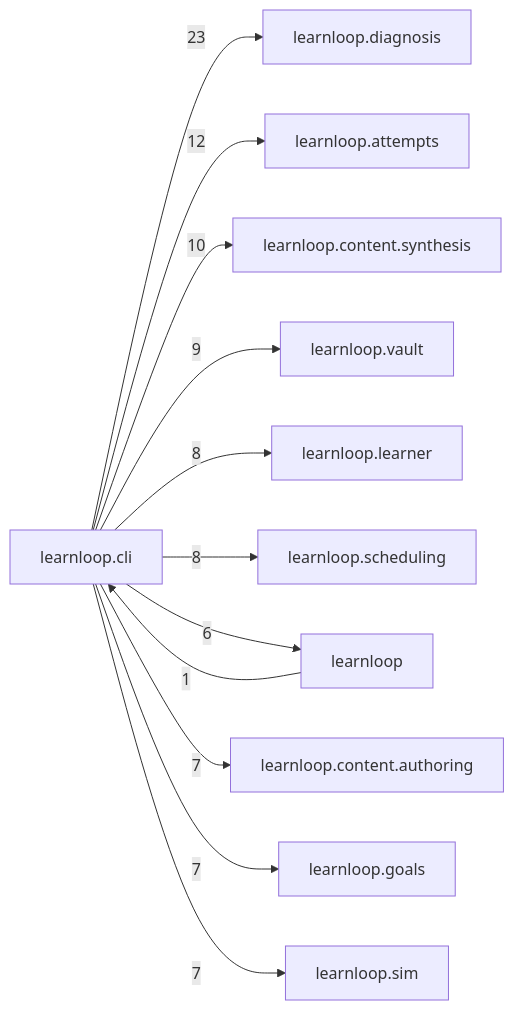
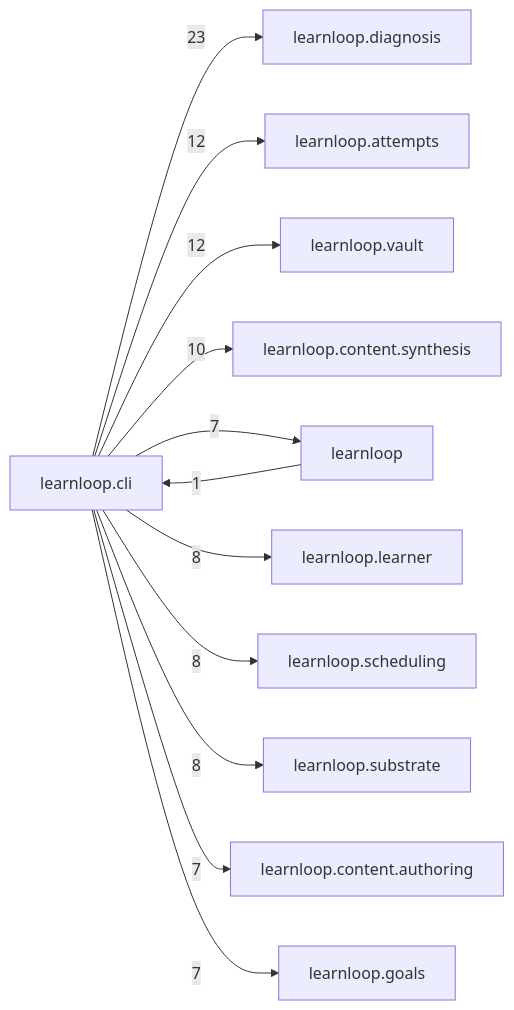
The diagram in docs/learnloop-architecture-vault/Reference/Modules/learnloop/cli/_package.md (6up-b/learnanything), drawn with Mermaid before and after one commit. The commit also changed other lines of this file and 633 other files, not shown here.

````diff
--- a/docs/learnloop-architecture-vault/Reference/Modules/learnloop/cli/_package.md
+++ b/docs/learnloop-architecture-vault/Reference/Modules/learnloop/cli/_package.md
@@ -130,25 +132,25 @@
 ```mermaid
 flowchart LR
     center["learnloop.cli"]
     n_learnloop_diagnosis["learnloop.diagnosis"]
     n_learnloop_attempts["learnloop.attempts"]
+    n_learnloop_vault["learnloop.vault"]
     n_learnloop_content_synthesis["learnloop.content.synthesis"]
-    n_learnloop_vault["learnloop.vault"]
+    n_learnloop["learnloop"]
     n_learnloop_learner["learnloop.learner"]
     n_learnloop_scheduling["learnloop.scheduling"]
-    n_learnloop["learnloop"]
+    n_learnloop_substrate["learnloop.substrate"]
     n_learnloop_content_authoring["learnloop.content.authoring"]
     n_learnloop_goals["learnloop.goals"]
-    n_learnloop_sim["learnloop.sim"]
     center -->|23| n_learnloop_diagnosis
     center -->|12| n_learnloop_attempts
+    center -->|12| n_learnloop_vault
     center -->|10| n_learnloop_content_synthesis
-    center -->|9| n_learnloop_vault
+    n_learnloop -->|1| center
+    center -->|7| n_learnloop
     center -->|8| n_learnloop_learner
     center -->|8| n_learnloop_scheduling
-    n_learnloop -->|1| center
-    center -->|6| n_learnloop
+    center -->|8| n_learnloop_substrate
     center -->|7| n_learnloop_content_authoring
     center -->|7| n_learnloop_goals
-    center -->|7| n_learnloop_sim
 ```
````
